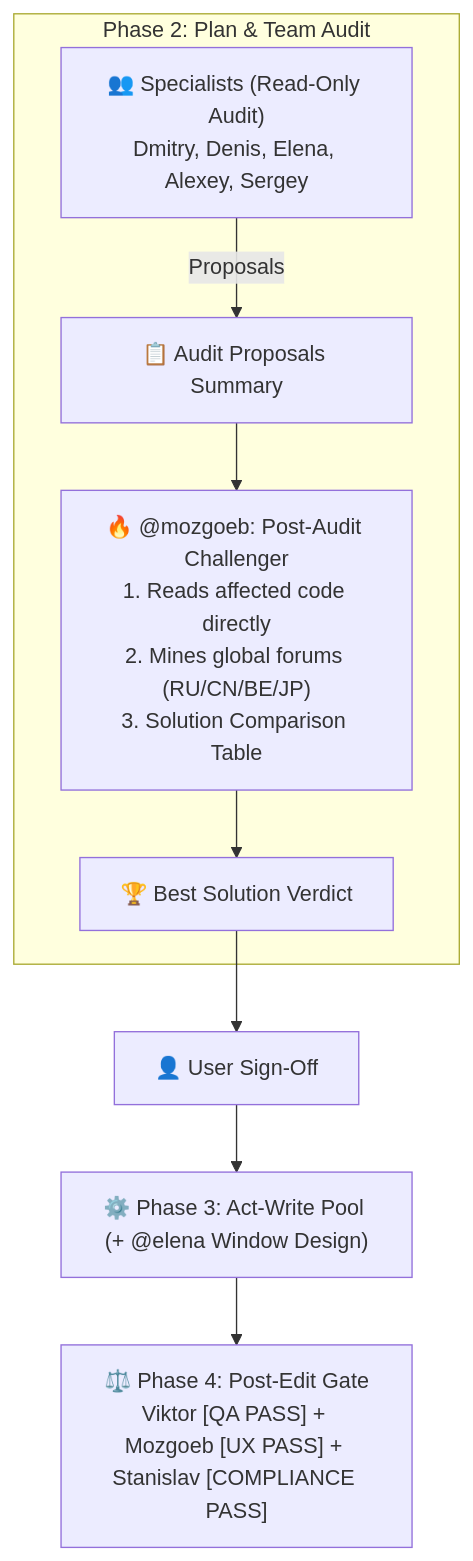
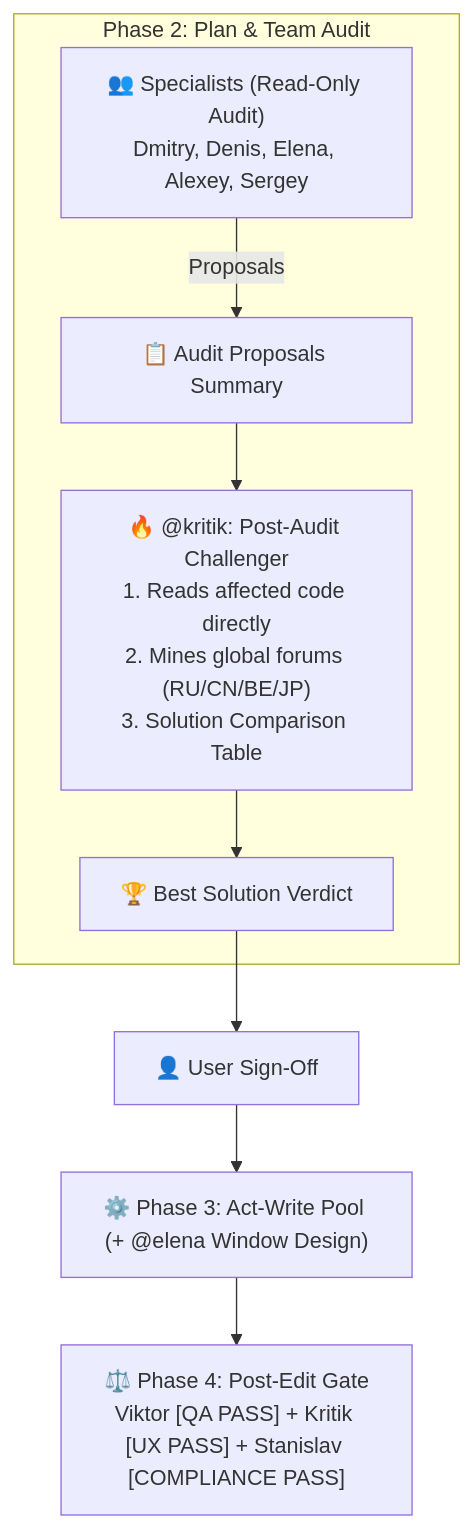
The diagram in skills/hermes/references/ux-scouting-standards.md (neon1301/hermes-mode-antigravity), drawn with Mermaid before and after one commit. The commit also changed other lines of this file and 16 other files, not shown here.

Commit message:
[HERMES-RENAME-KRITIK] refactor(v3.6.7): rename @mozgoeb specialist to @kritik (Критик) across fleet

````diff
--- a/skills/hermes/references/ux-scouting-standards.md
+++ b/skills/hermes/references/ux-scouting-standards.md
@@ -38,12 +38,12 @@
 ```mermaid
 flowchart TD
     subgraph Phase2["Phase 2: Plan & Team Audit"]
         Specialists["👥 Specialists (Read-Only Audit)\nDmitry, Denis, Elena, Alexey, Sergey"] -->|Proposals| Handoff["📋 Audit Proposals Summary"]
-        Handoff --> Mozgoeb["🔥 @mozgoeb: Post-Audit Challenger\n1. Reads affected code directly\n2. Mines global forums (RU/CN/BE/JP)\n3. Solution Comparison Table"]
-        Mozgoeb --> Verdict["🏆 Best Solution Verdict"]
+        Handoff --> Kritik["🔥 @kritik: Post-Audit Challenger\n1. Reads affected code directly\n2. Mines global forums (RU/CN/BE/JP)\n3. Solution Comparison Table"]
+        Kritik --> Verdict["🏆 Best Solution Verdict"]
     end
 
     Verdict --> User["👤 User Sign-Off"]
     User --> Pool["⚙️ Phase 3: Act-Write Pool (+ @elena Window Design)"]
-    Pool --> Gate["⚖️ Phase 4: Post-Edit Gate\nViktor [QA PASS] + Mozgoeb [UX PASS] + Stanislav [COMPLIANCE PASS]"]
+    Pool --> Gate["⚖️ Phase 4: Post-Edit Gate\nViktor [QA PASS] + Kritik [UX PASS] + Stanislav [COMPLIANCE PASS]"]
 ```
````
